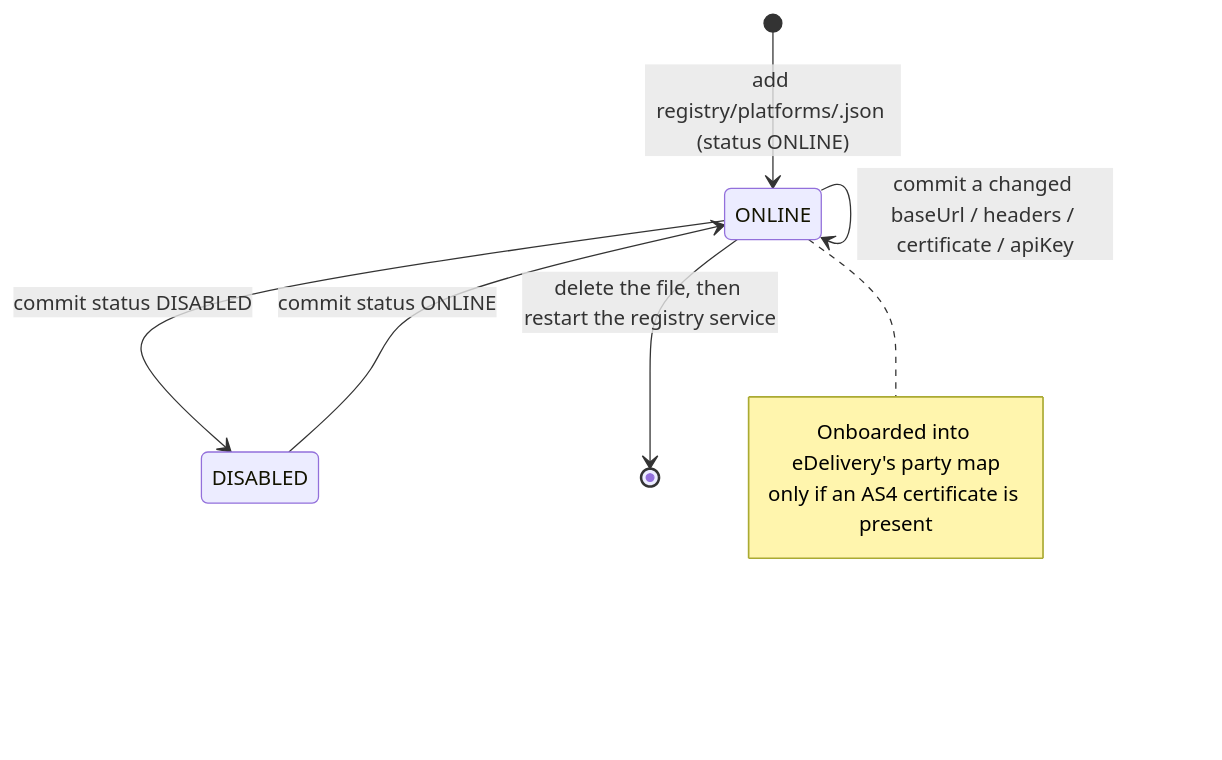
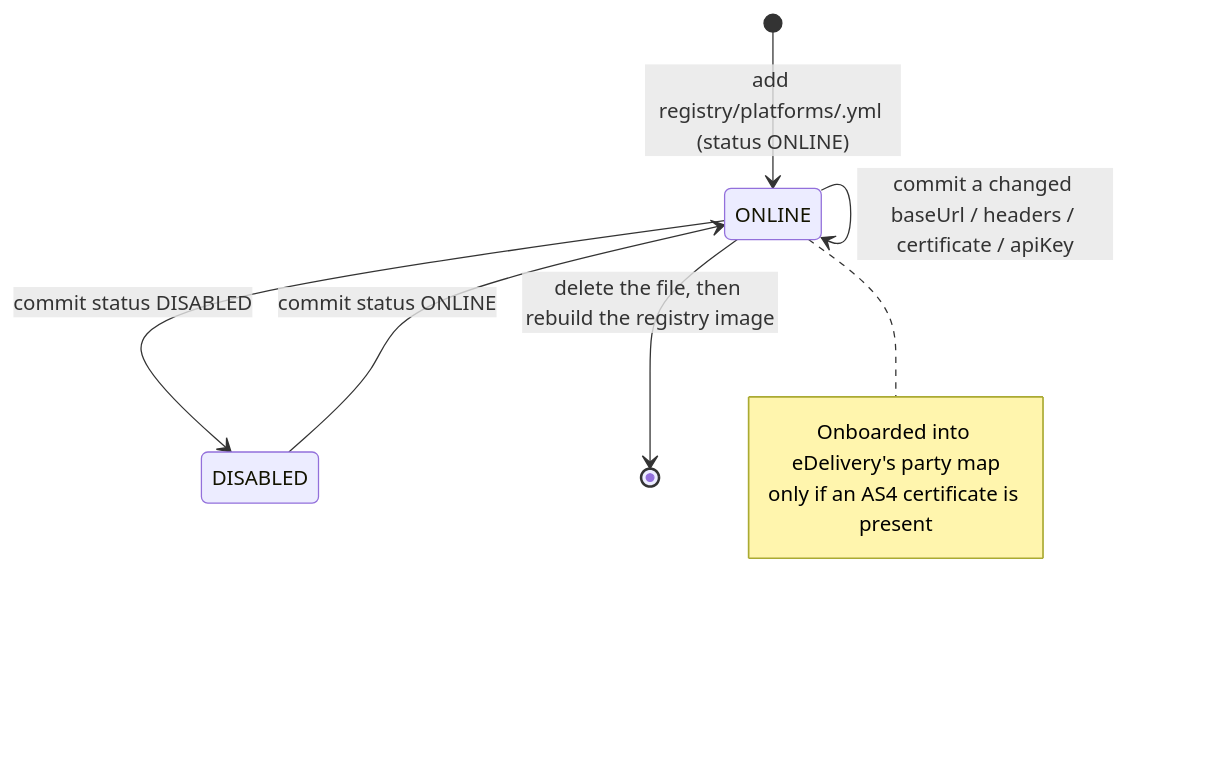
Before and after one commit to kemit-ee/efti-gate-ee: the diagram in docs/architecture/registry-management/platform_registry.md, drawn with Mermaid. The commit also changed other lines of this file and 62 other files, not shown here.

Commit message:
convert registry files to yml for better readability; they will be converted to json at build-time

````diff
--- a/docs/architecture/registry-management/platform_registry.md
+++ b/docs/architecture/registry-management/platform_registry.md
@@ -13,12 +14,12 @@
 ```mermaid
 stateDiagram-v2
-    [*] --> ONLINE: add registry/platforms/<id>.json (status ONLINE)
+    [*] --> ONLINE: add registry/platforms/<id>.yml (status ONLINE)
     ONLINE --> ONLINE: commit a changed baseUrl / headers / certificate / apiKey
     ONLINE --> DISABLED: commit status DISABLED
     DISABLED --> ONLINE: commit status ONLINE
-    ONLINE --> [*]: delete the file, then restart the registry service
+    ONLINE --> [*]: delete the file, then rebuild the registry image
     note right of ONLINE
         Onboarded into eDelivery's party map
         only if an AS4 certificate is present
     end note
 ```
````
